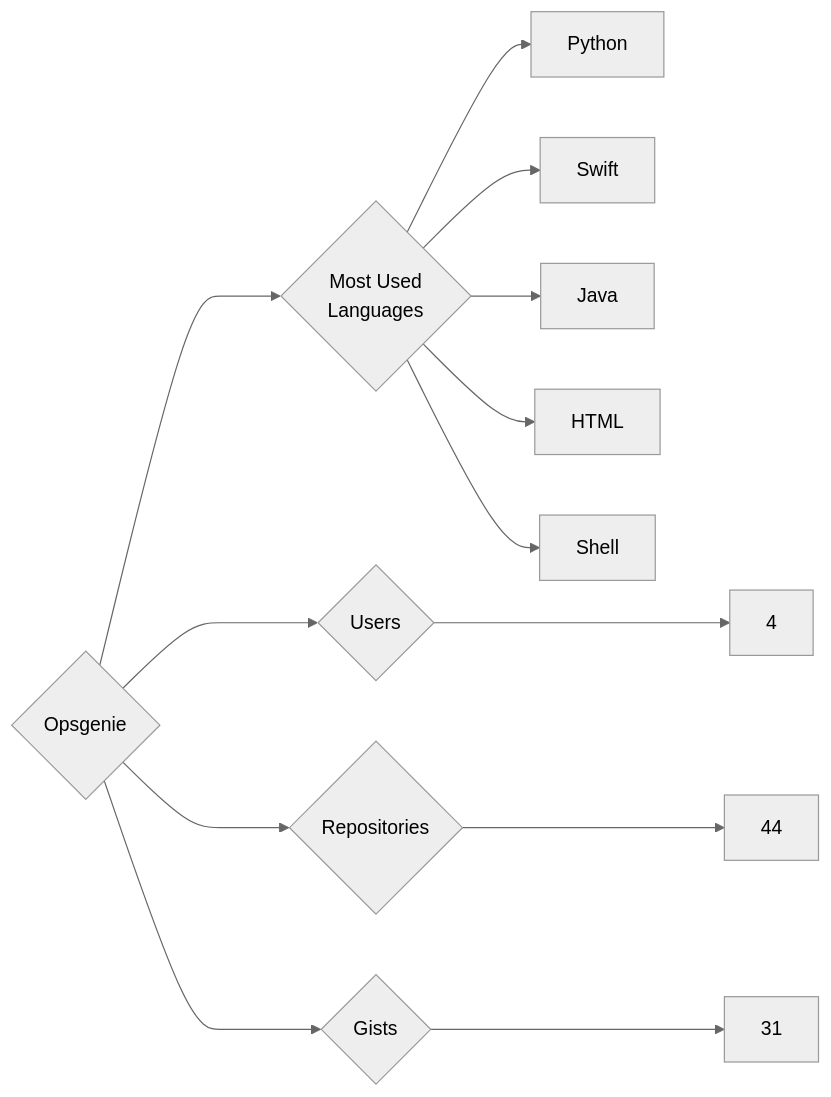
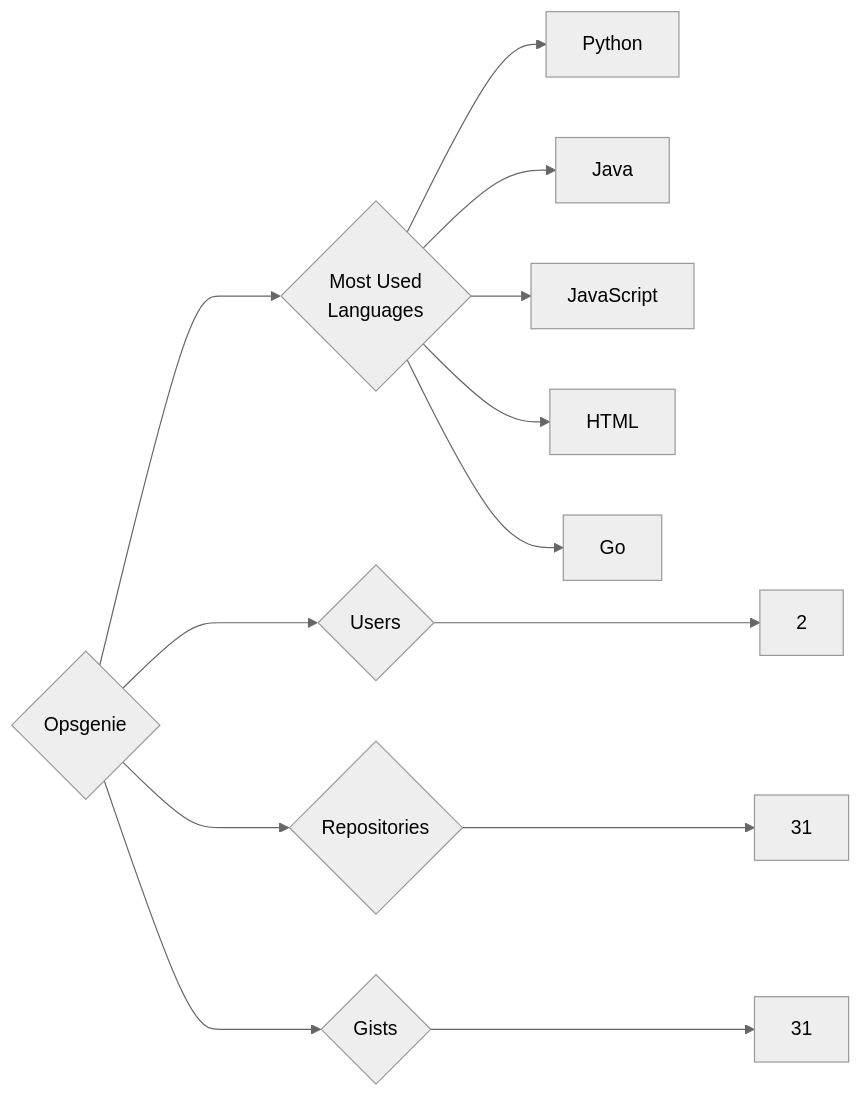
The diagram in targets/Opsgenie/README.md (trickest/insiders), drawn with Mermaid (neutral theme) before and after one commit. The commit also changed 940 other files, not shown here.

````diff
--- a/targets/Opsgenie/README.md
+++ b/targets/Opsgenie/README.md
@@ -3,13 +3,13 @@
 ```mermaid
 graph LR
 COMPANY_NAME{Opsgenie}
-COMPANY_NAME ---> U{Users} ---> UN[4]
-COMPANY_NAME ---> R{Repositories} ---> RN[44]
+COMPANY_NAME ---> U{Users} ---> UN[2]
+COMPANY_NAME ---> R{Repositories} ---> RN[31]
 COMPANY_NAME ---> G{Gists} ---> GN[31]
 COMPANY_NAME ---> ML{Most Used<br>Languages}
 ML --> Python[Python]
-ML --> Swift[Swift]
 ML --> Java[Java]
+ML --> JavaScript[JavaScript]
 ML --> HTML[HTML]
-ML --> Shell[Shell]
+ML --> Go[Go]
 ```
````
